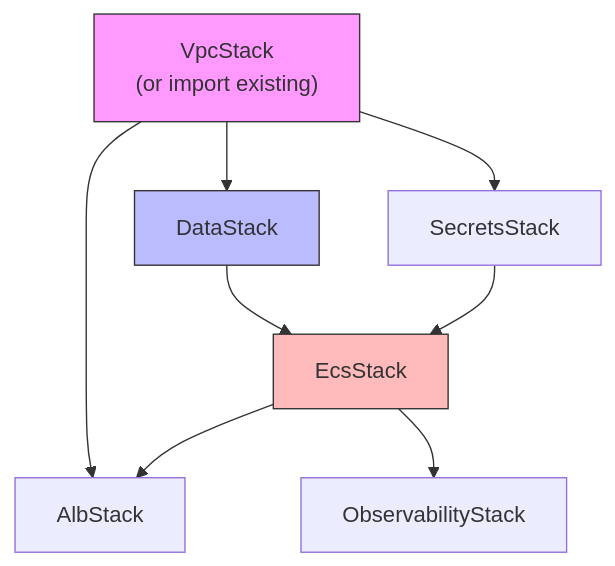
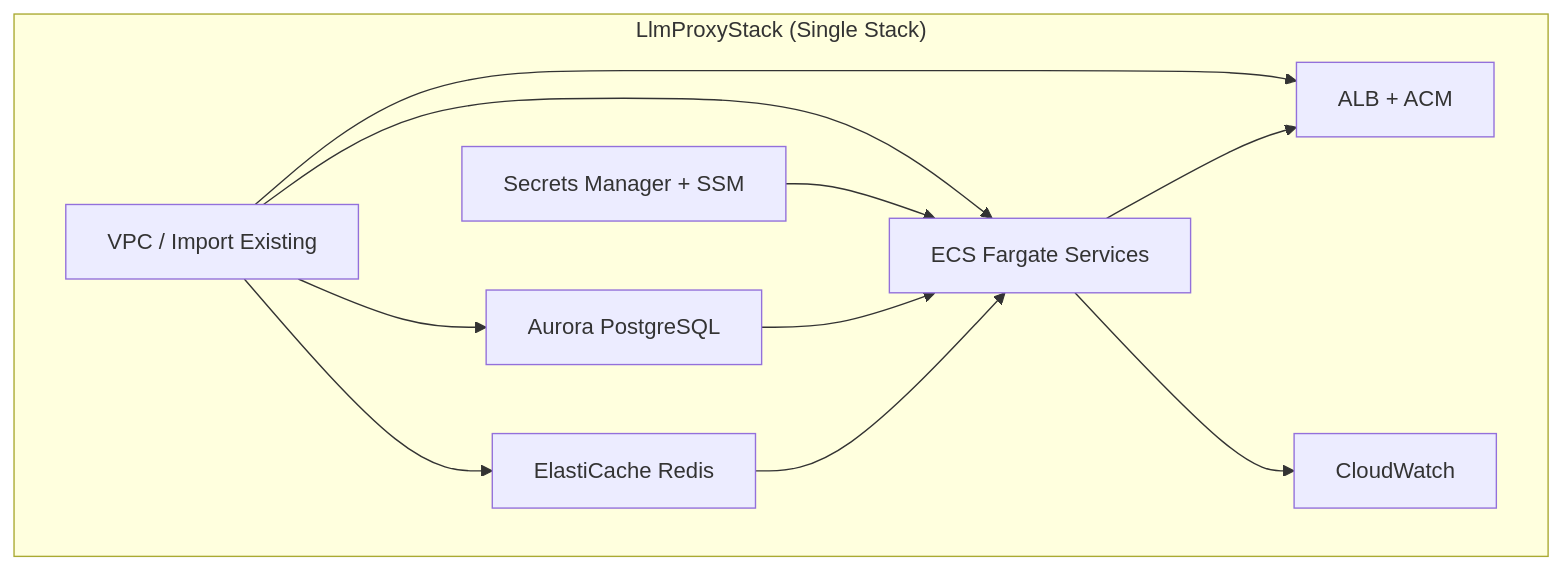
Before and after one commit to sofatutor/llm-proxy: the eighth of 10 diagrams in docs/architecture/planned/aws-ecs-cdk.md, drawn with Mermaid. The commit also changed other lines of this file, not shown here.

First line of the commit message:
Simplify to single stack CDK deployment

````diff
--- a/docs/architecture/planned/aws-ecs-cdk.md
+++ b/docs/architecture/planned/aws-ecs-cdk.md
@@ -281,21 +285,22 @@
 ```mermaid
 flowchart TD
-    VPC["VpcStack<br/>(or import existing)"]
-    Secrets["SecretsStack"]
-    Data["DataStack"]
-    ECS["EcsStack"]
-    ALB["AlbStack"]
-    Obs["ObservabilityStack"]
+    subgraph LlmProxyStack["LlmProxyStack (Single Stack)"]
+        VPC["VPC / Import Existing"]
+        Secrets["Secrets Manager + SSM"]
+        Aurora["Aurora PostgreSQL"]
+        Redis["ElastiCache Redis"]
+        ECS["ECS Fargate Services"]
+        ALB["ALB + ACM"]
+        CW["CloudWatch"]
+    end
     
-    VPC --> Data
-    VPC --> Secrets
-    Data --> ECS
+    VPC --> Aurora
+    VPC --> Redis
+    VPC --> ECS
+    VPC --> ALB
     Secrets --> ECS
-    VPC --> ALB
+    Aurora --> ECS
+    Redis --> ECS
     ECS --> ALB
-    ECS --> Obs
-    
-    style VPC fill:#f9f,stroke:#333
-    style Data fill:#bbf,stroke:#333
-    style ECS fill:#fbb,stroke:#333
+    ECS --> CW
 ```
````
